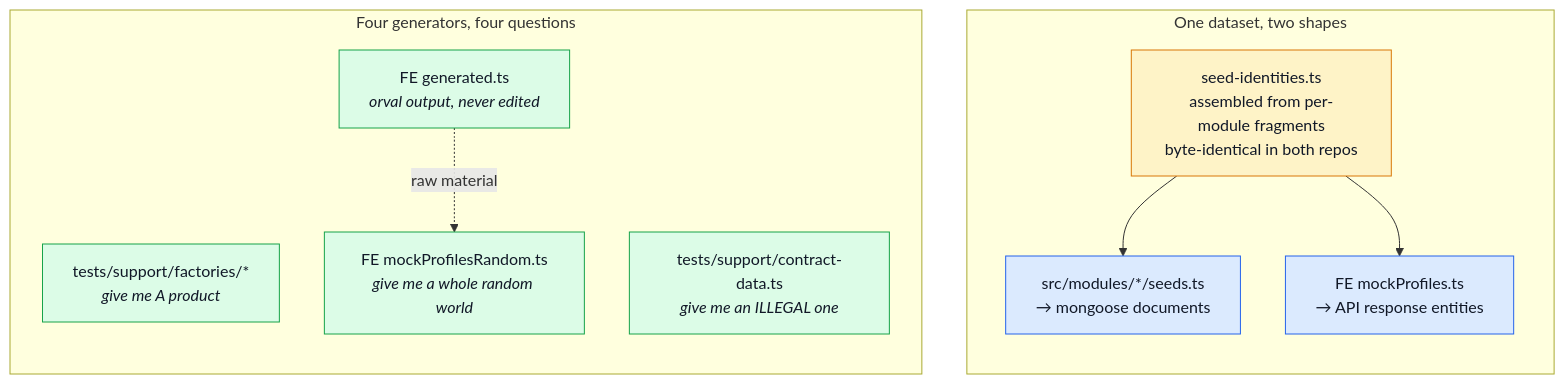
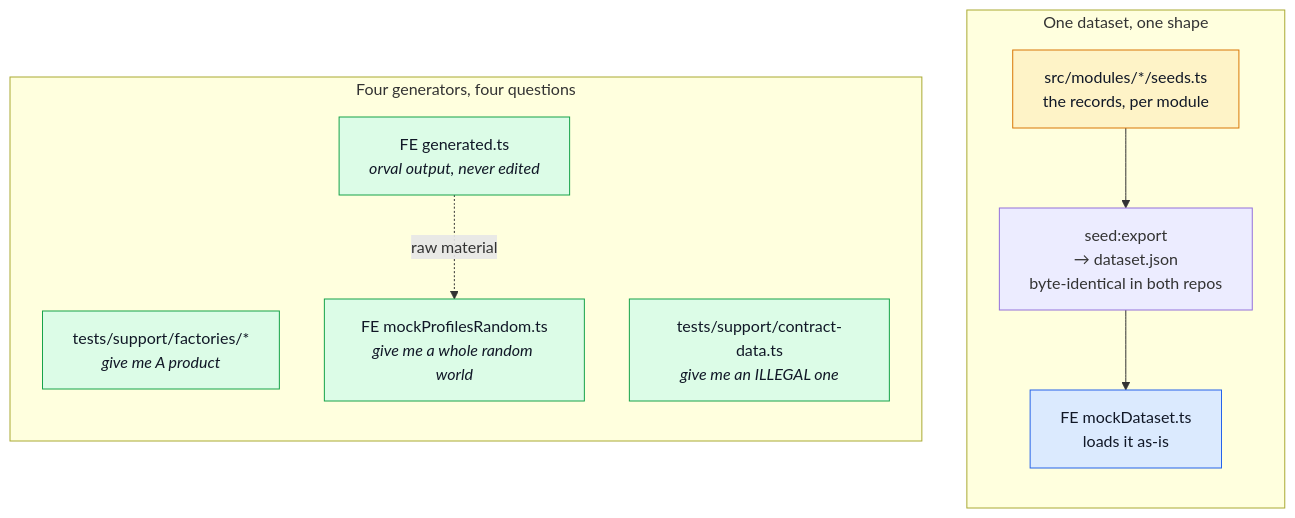
Before and after one commit to Guebbit/boilerplate-node-backend: the second of 3 diagrams in docs/tools/testing-and-docs.md, drawn with Mermaid. The commit also changed other lines of this file and 272 other files, not shown here.

First line of the commit message:
refactor: whole documents and real modules in place of text fragments

````diff
--- a/docs/tools/testing-and-docs.md
+++ b/docs/tools/testing-and-docs.md
@@ -74,27 +74,27 @@
 ```mermaid
 %%{init: {'flowchart': {'nodeSpacing': 45, 'rankSpacing': 55}}}%%
 flowchart TB
-    subgraph one["One dataset, two shapes"]
+    subgraph one["One dataset, one shape"]
         direction TB
-        Seed["seed-identities.ts<br/>assembled from per-module fragments<br/>byte-identical in both repos"]
-        Seed --> BEMap["src/modules/*/seeds.ts<br/>→ mongoose documents"]
-        Seed --> FEMap["FE mockProfiles.ts<br/>→ API response entities"]
+        Seed["src/modules/*/seeds.ts<br/>the records, per module"]
+        Seed --> Export["seed:export<br/>→ dataset.json<br/>byte-identical in both repos"]
+        Export --> FEMap["FE mockDataset.ts<br/>loads it as-is"]
     end
 
     subgraph four["Four generators, four questions"]
         direction TB
         Factories["tests/support/factories/*<br/><i>give me A product</i>"]
         ContractData["tests/support/contract-data.ts<br/><i>give me an ILLEGAL one</i>"]
         Random["FE mockProfilesRandom.ts<br/><i>give me a whole random world</i>"]
         Generated["FE generated.ts<br/><i>orval output, never edited</i>"]
     end
 
     Generated -.raw material.-> Random
 
     classDef source fill:#fef3c7,stroke:#d97706,color:#111827;
     classDef mapper fill:#dbeafe,stroke:#2563eb,color:#111827;
     classDef gen fill:#dcfce7,stroke:#16a34a,color:#111827;
     class Seed source;
     class BEMap,FEMap mapper;
     class Factories,ContractData,Random,Generated gen;
 ```
````
